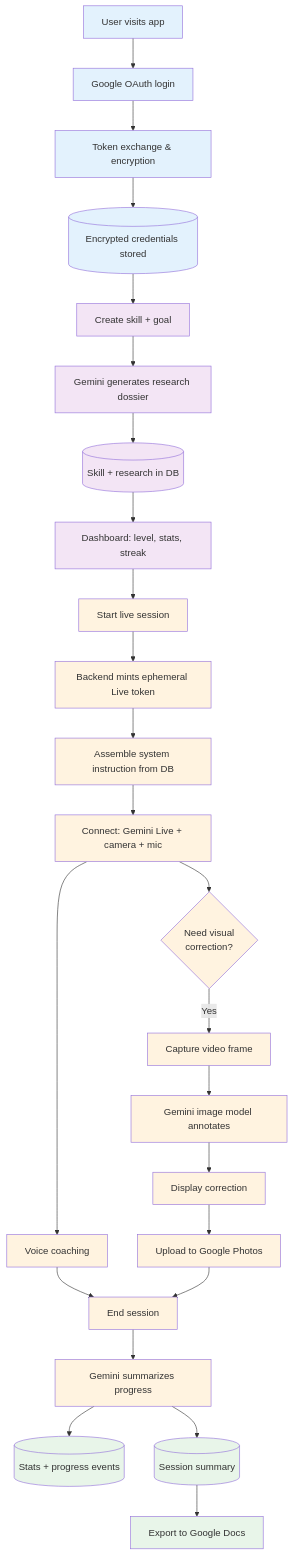
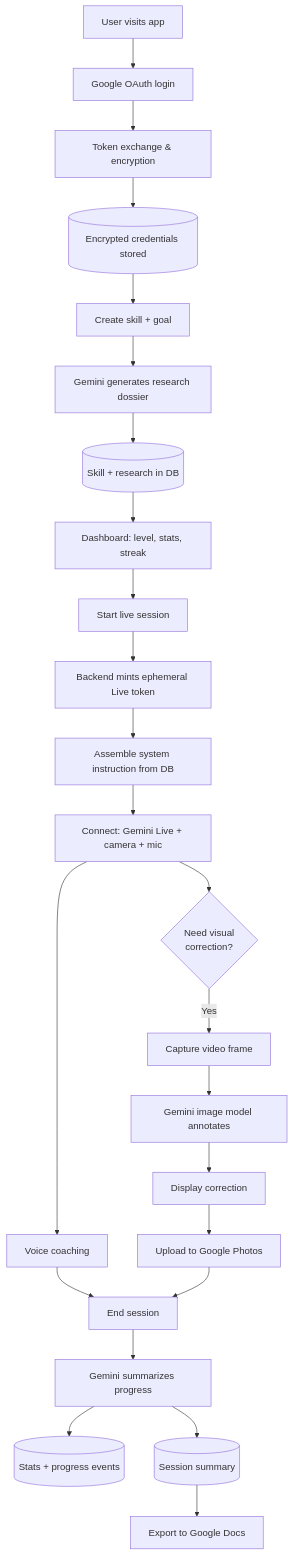
The diagram in README.md (Jay-Thpr/UclaDeepMind), drawn with Mermaid before and after one commit.

Commit message:
updated architecture graph

````diff
--- a/README.md
+++ b/README.md
@@ -149,59 +149,32 @@
 ```mermaid
 flowchart TD
     A[User visits app] --> B[Google OAuth login]
     B --> C[Token exchange & encryption]
     C --> D[(Encrypted credentials stored)]
 
     D --> E[Create skill + goal]
     E --> F[Gemini generates research dossier]
     F --> G[(Skill + research in DB)]
     G --> H[Dashboard: level, stats, streak]
 
     H --> I[Start live session]
     I --> J[Backend mints ephemeral Live token]
     J --> K[Assemble system instruction from DB]
     K --> L[Connect: Gemini Live + camera + mic]
 
     L --> M[Voice coaching]
     L --> N{Need visual<br/>correction?}
 
     N -->|Yes| O[Capture video frame]
     O --> P[Gemini image model annotates]
     P --> Q[Display correction]
     Q --> R[Upload to Google Photos]
 
     M --> S[End session]
     R --> S
     S --> T[Gemini summarizes progress]
 
     T --> U[(Stats + progress events)]
     T --> V[(Session summary)]
     V --> W[Export to Google Docs]
-
-    style A fill:#e3f2fd
-    style B fill:#e3f2fd
-    style C fill:#e3f2fd
-    style D fill:#e3f2fd
-
-    style E fill:#f3e5f5
-    style F fill:#f3e5f5
-    style G fill:#f3e5f5
-    style H fill:#f3e5f5
-
-    style I fill:#fff3e0
-    style J fill:#fff3e0
-    style K fill:#fff3e0
-    style L fill:#fff3e0
-    style M fill:#fff3e0
-    style N fill:#fff3e0
-    style O fill:#fff3e0
-    style P fill:#fff3e0
-    style Q fill:#fff3e0
-    style R fill:#fff3e0
-    style S fill:#fff3e0
-    style T fill:#fff3e0
-
-    style U fill:#e8f5e9
-    style V fill:#e8f5e9
-    style W fill:#e8f5e9
 ```
````
